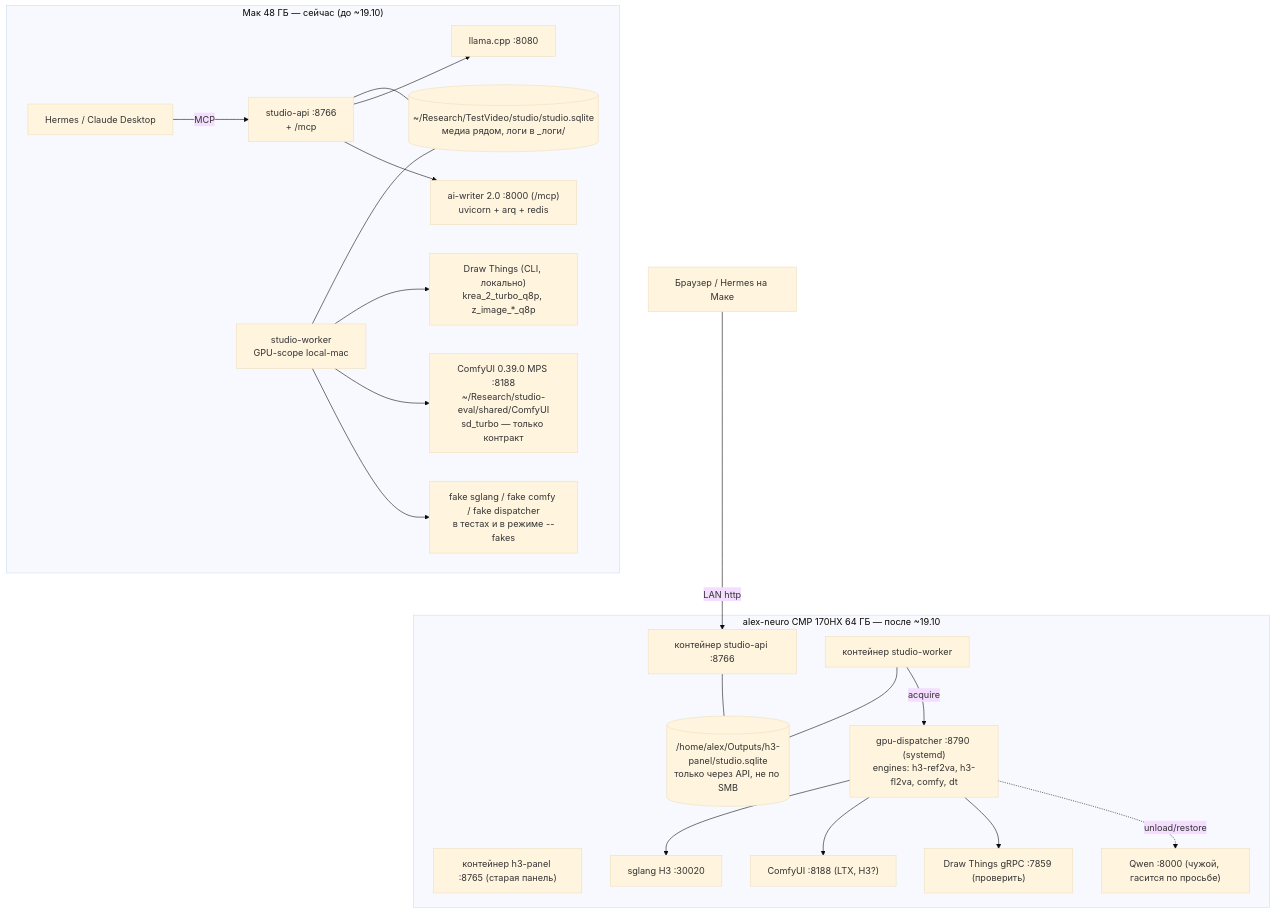
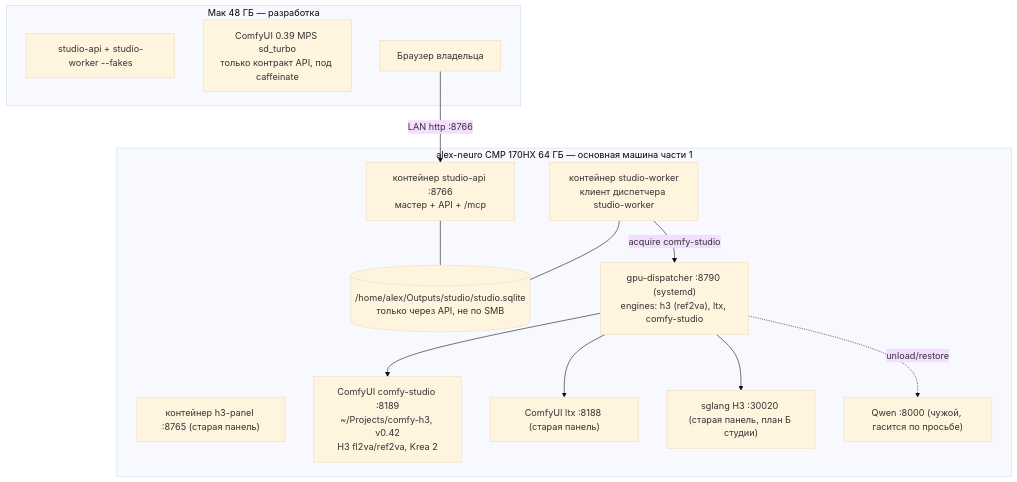
One commit to AlexeyKorzhebin/minimax-h3-mlx-48gb changed the second of 6 diagrams in docs/superpowers/specs/2026-10-10-studio-part1-core-design.md. Above: the diagram before and after it, drawn with Mermaid (base theme). The commit also changed other lines of this file and 2 other files, not shown here.

Commit message:
docs(studio): спека части 1, редакция 2 — ревью Codex, ComfyUI основной исполнитель, свой сценарист, решения владельца

````diff
--- a/docs/superpowers/specs/2026-10-10-studio-part1-core-design.md
+++ b/docs/superpowers/specs/2026-10-10-studio-part1-core-design.md
@@ -195,39 +227,25 @@
 ```mermaid
 flowchart TB
-  subgraph MAC["Мак 48 ГБ — сейчас (до ~19.10)"]
-    M_API["studio-api :8766<br/>+ /mcp"]
-    M_WRK["studio-worker<br/>GPU-scope local-mac"]
-    M_DB[("~/Research/TestVideo/studio/studio.sqlite<br/>медиа рядом, логи в _логи/")]
-    M_DT["Draw Things (CLI, локально)<br/>krea_2_turbo_q8p, z_image_*_q8p"]
-    M_CMF["ComfyUI 0.39.0 MPS :8188<br/>~/Research/studio-eval/shared/ComfyUI<br/>sd_turbo — только контракт"]
-    M_FAKE["fake sglang / fake comfy / fake dispatcher<br/>в тестах и в режиме --fakes"]
-    M_LLM["llama.cpp :8080"]
-    M_AW["ai-writer 2.0 :8000 (/mcp)<br/>uvicorn + arq + redis"]
-    M_HER["Hermes / Claude Desktop"]
-    M_API --- M_DB
-    M_WRK --- M_DB
-    M_WRK --> M_DT
-    M_WRK --> M_CMF
-    M_WRK --> M_FAKE
-    M_API --> M_LLM
-    M_API --> M_AW
-    M_HER -->|MCP| M_API
-  end
-  subgraph NEURO["alex-neuro CMP 170HX 64 ГБ — после ~19.10"]
-    N_API["контейнер studio-api :8766"]
-    N_WRK["контейнер studio-worker"]
+  subgraph NEURO["alex-neuro CMP 170HX 64 ГБ — основная машина части 1"]
+    N_API["контейнер studio-api :8766<br/>мастер + API + /mcp"]
+    N_WRK["контейнер studio-worker<br/>клиент диспетчера studio-worker"]
     N_OLD["контейнер h3-panel :8765 (старая панель)"]
-    N_DB[("/home/alex/Outputs/h3-panel/studio.sqlite<br/>только через API, не по SMB")]
-    N_DISP["gpu-dispatcher :8790 (systemd)<br/>engines: h3-ref2va, h3-fl2va, comfy, dt"]
-    N_SGL["sglang H3 :30020"]
-    N_CMF["ComfyUI :8188 (LTX, H3?)"]
-    N_DT["Draw Things gRPC :7859 (проверить)"]
+    N_DB[("/home/alex/Outputs/studio/studio.sqlite<br/>только через API, не по SMB")]
+    N_DISP["gpu-dispatcher :8790 (systemd)<br/>engines: h3 (ref2va), ltx, comfy-studio"]
+    N_CS["ComfyUI comfy-studio :8189<br/>~/Projects/comfy-h3, v0.42<br/>H3 fl2va/ref2va, Krea 2"]
+    N_LTX["ComfyUI ltx :8188 (старая панель)"]
+    N_SGL["sglang H3 :30020 (старая панель, план Б студии)"]
     N_QWEN["Qwen :8000 (чужой, гасится по просьбе)"]
     N_API --- N_DB
     N_WRK --- N_DB
-    N_WRK -->|acquire| N_DISP
-    N_DISP --> N_SGL & N_CMF & N_DT
+    N_WRK -->|acquire comfy-studio| N_DISP
+    N_DISP --> N_CS & N_LTX & N_SGL
     N_DISP -.unload/restore.-> N_QWEN
   end
-  MAC_B["Браузер / Hermes на Маке"] -->|LAN http| N_API
+  subgraph MAC["Мак 48 ГБ — разработка"]
+    M_DEV["studio-api + studio-worker --fakes"]
+    M_CMF["ComfyUI 0.39 MPS sd_turbo<br/>только контракт API, под caffeinate"]
+    M_BR["Браузер владельца"]
+  end
+  M_BR -->|LAN http :8766| N_API
 ```
````
